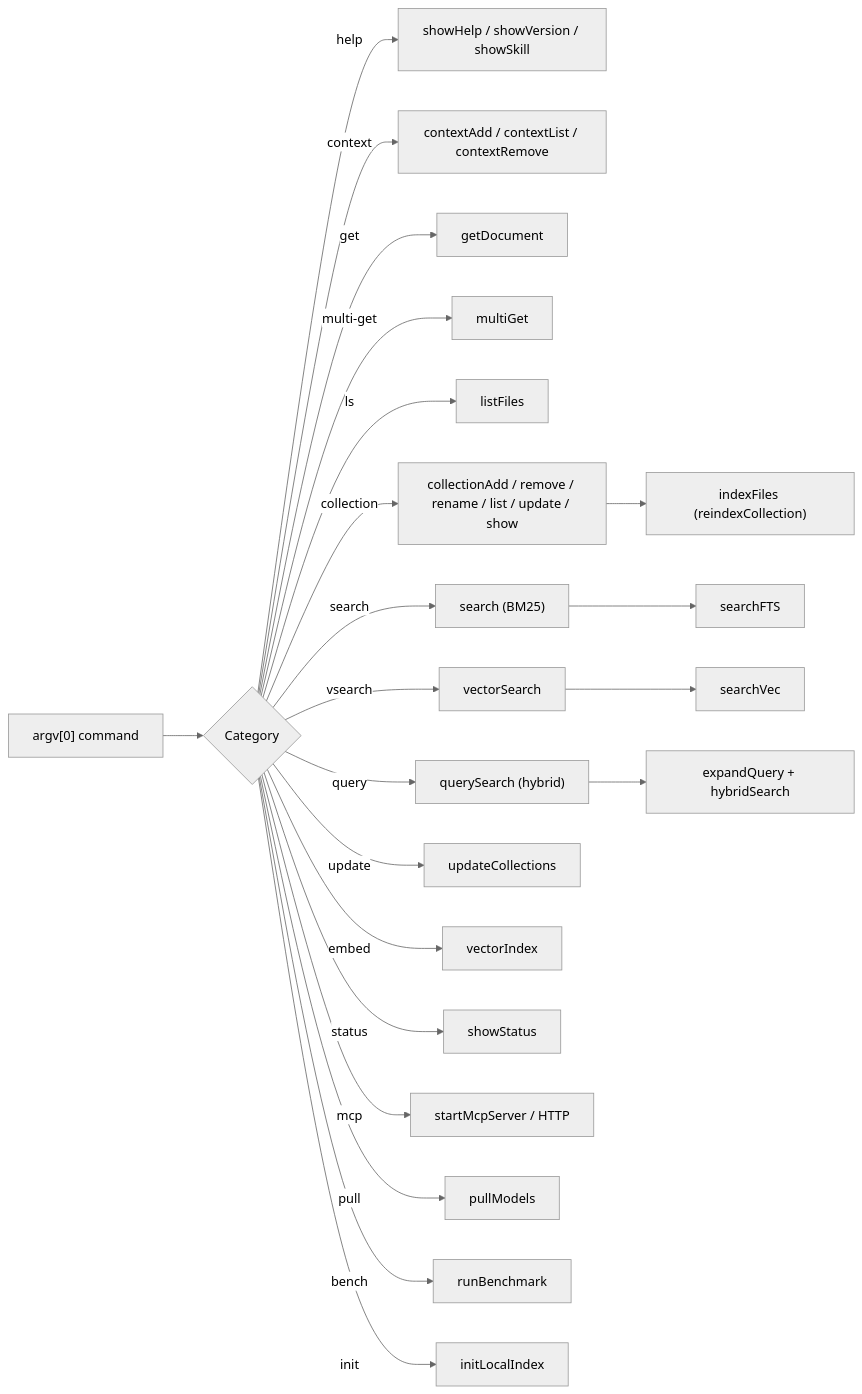
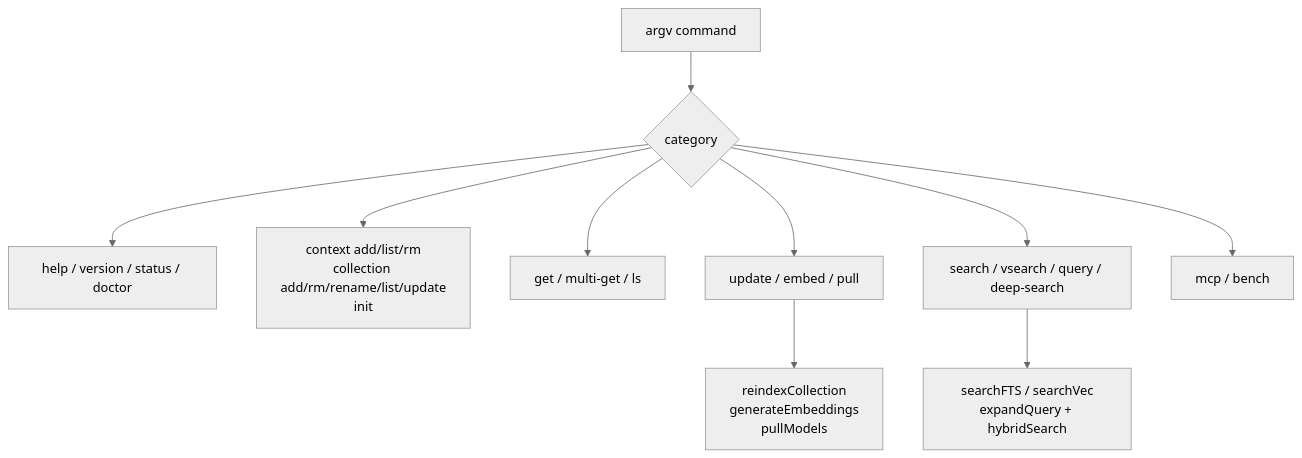
One commit to sagarsrc/qmd-fork changed the first of 3 diagrams in docs/experiments/001-understanding-codebase/workers/cli-explorer/output/diagrams.md. Above: the diagram before and after it, drawn with Mermaid (neutral theme). The commit also changed other lines of this file and 4 other files, not shown here.

First line of the commit message:
docs: compact all mermaid diagrams vertically

````diff
--- a/docs/experiments/001-understanding-codebase/workers/cli-explorer/output/diagrams.md
+++ b/docs/experiments/001-understanding-codebase/workers/cli-explorer/output/diagrams.md
@@ -5,26 +5,14 @@
 ```mermaid
-graph LR
-    CMD["argv[0] command"] --> CAT{Category}
+graph TD
+    CMD["argv command"] --> CAT{category}
 
-    CAT -->|help| H["showHelp / showVersion / showSkill"]
-    CAT -->|context| C["contextAdd / contextList / contextRemove"]
-    CAT -->|get| G["getDocument"]
-    CAT -->|multi-get| MG["multiGet"]
-    CAT -->|ls| LS["listFiles"]
-    CAT -->|collection| COL["collectionAdd / remove / rename / list / update / show"]
-    CAT -->|search| S["search (BM25)"]
-    CAT -->|vsearch| VS["vectorSearch"]
-    CAT -->|query| Q["querySearch (hybrid)"]
-    CAT -->|update| U["updateCollections"]
-    CAT -->|embed| E["vectorIndex"]
-    CAT -->|status| ST["showStatus"]
-    CAT -->|mcp| MCP["startMcpServer / HTTP"]
-    CAT -->|pull| PL["pullModels"]
-    CAT -->|bench| B["runBenchmark"]
-    CAT -->|init| I["initLocalIndex"]
+    CAT --> META["help / version / status / doctor"]
+    CAT --> CFG["context add/list/rm<br/>collection add/rm/rename/list/update<br/>init"]
+    CAT --> DOC["get / multi-get / ls"]
+    CAT --> IDX["update / embed / pull"]
+    CAT --> SRCH["search / vsearch / query / deep-search"]
+    CAT --> SRV["mcp / bench"]
 
-    COL --> IDX["indexFiles (reindexCollection)"]
-    Q --> EXP["expandQuery + hybridSearch"]
-    S --> FTS["searchFTS"]
-    VS --> VEC["searchVec"]
+    SRCH --> SE["searchFTS / searchVec<br/>expandQuery + hybridSearch"]
+    IDX --> IE["reindexCollection<br/>generateEmbeddings<br/>pullModels"]
 ```
````
